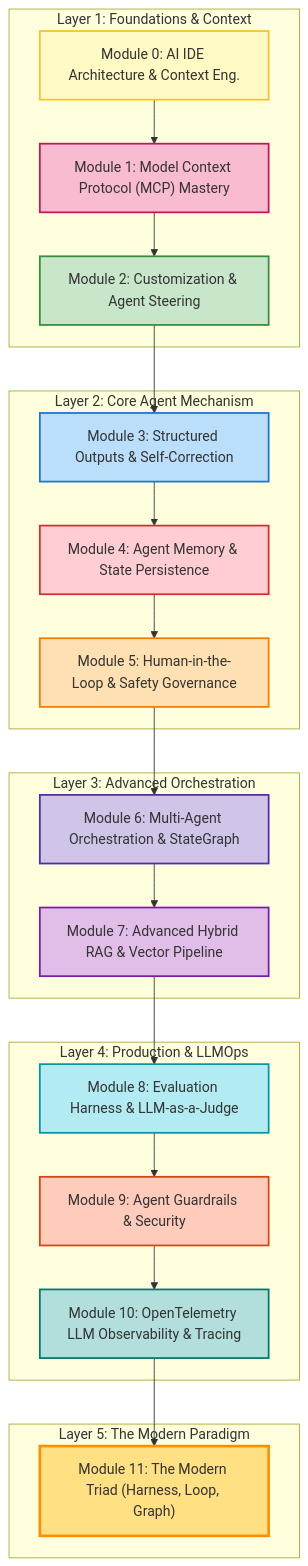
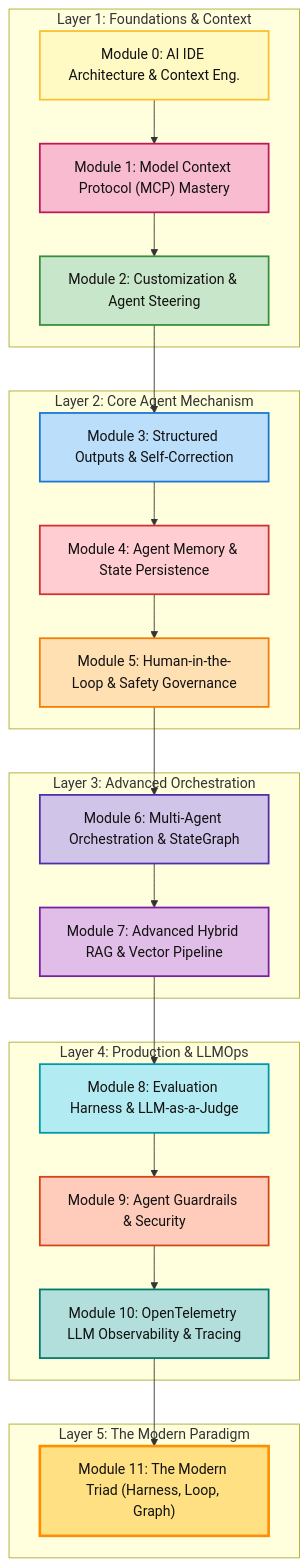
The diagram in README.md (eooiea/AI-Engineering), drawn with Mermaid before and after one commit. The commit also changed 5 other files, not shown here.

First line of the commit message:
style: 다크모드 대응을 위한 Mermaid 다이어그램 텍스트 색상 수정

````diff
--- a/README.md
+++ b/README.md
@@ -21,44 +21,44 @@
 ```mermaid
 graph TD
     subgraph "Layer 1: Foundations & Context"
         M0["Module 0: AI IDE Architecture & Context Eng."]
         M1["Module 1: Model Context Protocol (MCP) Mastery"]
         M2["Module 2: Customization & Agent Steering"]
     end
     
     subgraph "Layer 2: Core Agent Mechanism"
         M3["Module 3: Structured Outputs & Self-Correction"]
         M4["Module 4: Agent Memory & State Persistence"]
         M5["Module 5: Human-in-the-Loop & Safety Governance"]
     end
     
     subgraph "Layer 3: Advanced Orchestration"
         M6["Module 6: Multi-Agent Orchestration & StateGraph"]
         M7["Module 7: Advanced Hybrid RAG & Vector Pipeline"]
     end
     
     subgraph "Layer 4: Production & LLMOps"
         M8["Module 8: Evaluation Harness & LLM-as-a-Judge"]
         M9["Module 9: Agent Guardrails & Security"]
         M10["Module 10: OpenTelemetry LLM Observability & Tracing"]
     end
 
     subgraph "Layer 5: The Modern Paradigm"
         M11["Module 11: The Modern Triad (Harness, Loop, Graph)"]
     end
 
     M0 --> M1 --> M2 --> M3 --> M4 --> M5 --> M6 --> M7 --> M8 --> M9 --> M10 --> M11
 
-    style M0 fill:#fff9c4,stroke:#fbc02d,stroke-width:2px
-    style M1 fill:#f8bbd0,stroke:#c2185b,stroke-width:2px
-    style M2 fill:#c8e6c9,stroke:#388e3c,stroke-width:2px
-    style M3 fill:#bbdefb,stroke:#1976d2,stroke-width:2px
-    style M4 fill:#ffcdd2,stroke:#d32f2f,stroke-width:2px
-    style M5 fill:#ffe0b2,stroke:#f57c00,stroke-width:2px
-    style M6 fill:#d1c4e9,stroke:#512da8,stroke-width:2px
-    style M7 fill:#e1bee7,stroke:#7b1fa2,stroke-width:2px
-    style M8 fill:#b2ebf2,stroke:#0097a7,stroke-width:2px
-    style M9 fill:#ffccbc,stroke:#d84315,stroke-width:2px
-    style M10 fill:#b2dfdb,stroke:#00796b,stroke-width:2px
-    style M11 fill:#ffe082,stroke:#ff8f00,stroke-width:3px
+    style M0 fill:#fff9c4,stroke:#fbc02d,stroke-width:2px,color:#111111
+    style M1 fill:#f8bbd0,stroke:#c2185b,stroke-width:2px,color:#111111
+    style M2 fill:#c8e6c9,stroke:#388e3c,stroke-width:2px,color:#111111
+    style M3 fill:#bbdefb,stroke:#1976d2,stroke-width:2px,color:#111111
+    style M4 fill:#ffcdd2,stroke:#d32f2f,stroke-width:2px,color:#111111
+    style M5 fill:#ffe0b2,stroke:#f57c00,stroke-width:2px,color:#111111
+    style M6 fill:#d1c4e9,stroke:#512da8,stroke-width:2px,color:#111111
+    style M7 fill:#e1bee7,stroke:#7b1fa2,stroke-width:2px,color:#111111
+    style M8 fill:#b2ebf2,stroke:#0097a7,stroke-width:2px,color:#111111
+    style M9 fill:#ffccbc,stroke:#d84315,stroke-width:2px,color:#111111
+    style M10 fill:#b2dfdb,stroke:#00796b,stroke-width:2px,color:#111111
+    style M11 fill:#ffe082,stroke:#ff8f00,stroke-width:3px,color:#111111
 ```
````
